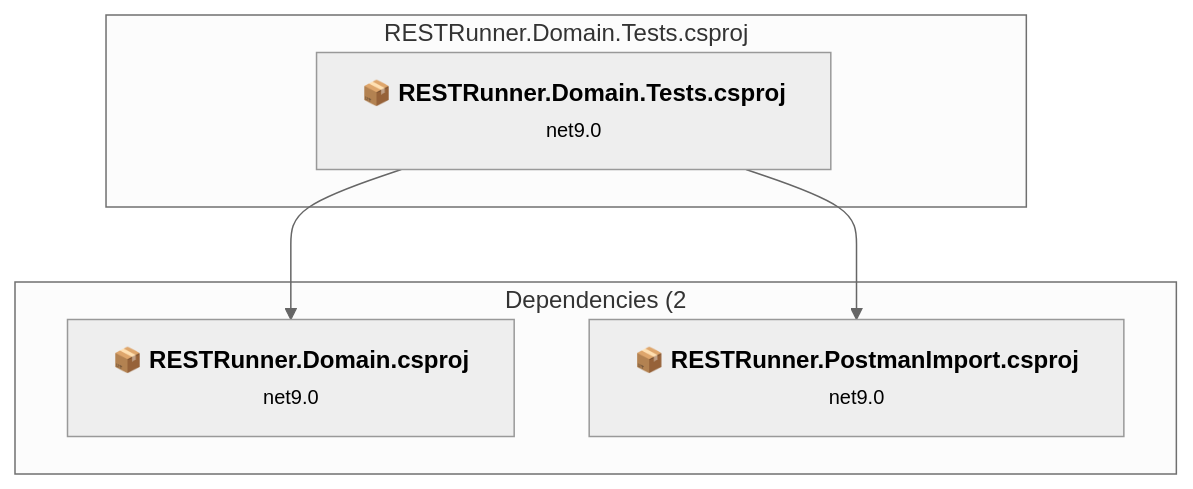
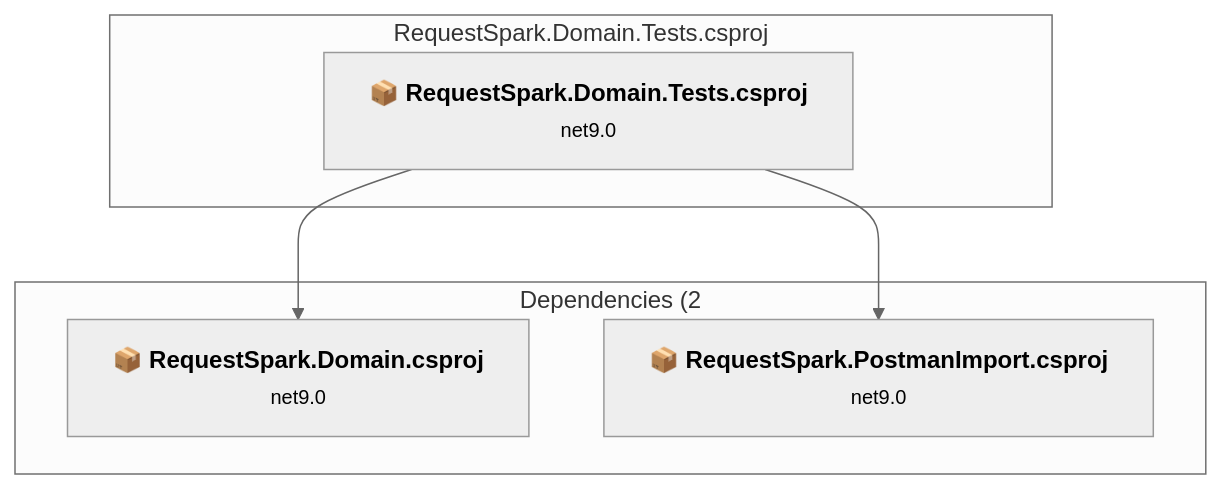
One commit to markhazleton/RESTRunner changed the second of 7 diagrams in .github/upgrades/assessment.md. Above: the diagram before and after it, drawn with Mermaid (neutral theme). The commit also changed other lines of this file and 326 other files, not shown here.

First line of the commit message:
feat(rebrand): rename RESTRunner to RequestSpark (#11)

````diff
--- a/.github/upgrades/assessment.md
+++ b/.github/upgrades/assessment.md
@@ -174,16 +176,16 @@
 ```mermaid
 flowchart TB
-    subgraph current["RESTRunner.Domain.Tests.csproj"]
-        MAIN["<b>📦&nbsp;RESTRunner.Domain.Tests.csproj</b><br/><small>net9.0</small>"]
-        click MAIN "#restrunnerdomaintestsrestrunnerdomaintestscsproj"
+    subgraph current["RequestSpark.Domain.Tests.csproj"]
+        MAIN["<b>📦&nbsp;RequestSpark.Domain.Tests.csproj</b><br/><small>net9.0</small>"]
+        click MAIN "#requestsparkdomaintestsrequestsparkdomaintestscsproj"
     end
     subgraph downstream["Dependencies (2"]
-        P2["<b>📦&nbsp;RESTRunner.Domain.csproj</b><br/><small>net9.0</small>"]
-        P3["<b>📦&nbsp;RESTRunner.PostmanImport.csproj</b><br/><small>net9.0</small>"]
-        click P2 "#restrunnerdomainrestrunnerdomaincsproj"
-        click P3 "#restrunnerpostmanimportrestrunnerpostmanimportcsproj"
+        P2["<b>📦&nbsp;RequestSpark.Domain.csproj</b><br/><small>net9.0</small>"]
+        P3["<b>📦&nbsp;RequestSpark.PostmanImport.csproj</b><br/><small>net9.0</small>"]
+        click P2 "#requestsparkdomainrequestsparkdomaincsproj"
+        click P3 "#requestsparkpostmanimportrequestsparkpostmanimportcsproj"
     end
     MAIN --> P2
     MAIN --> P3
 
 ```
````
